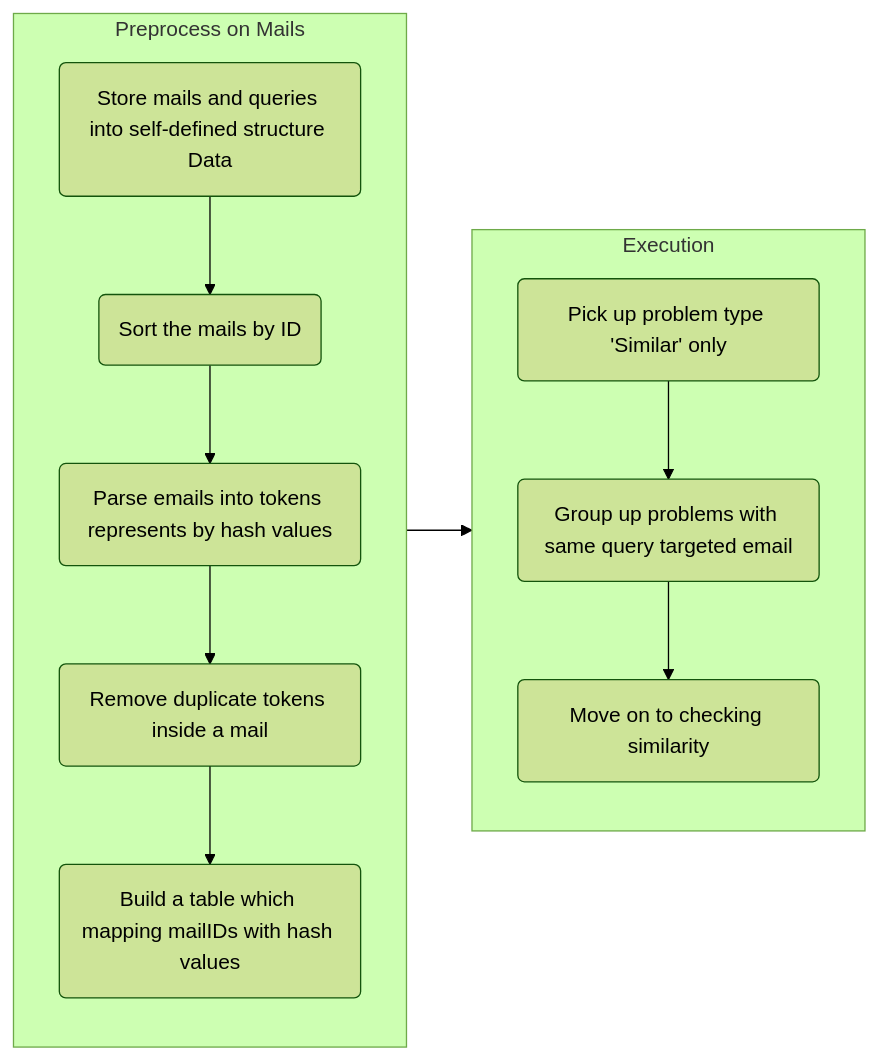
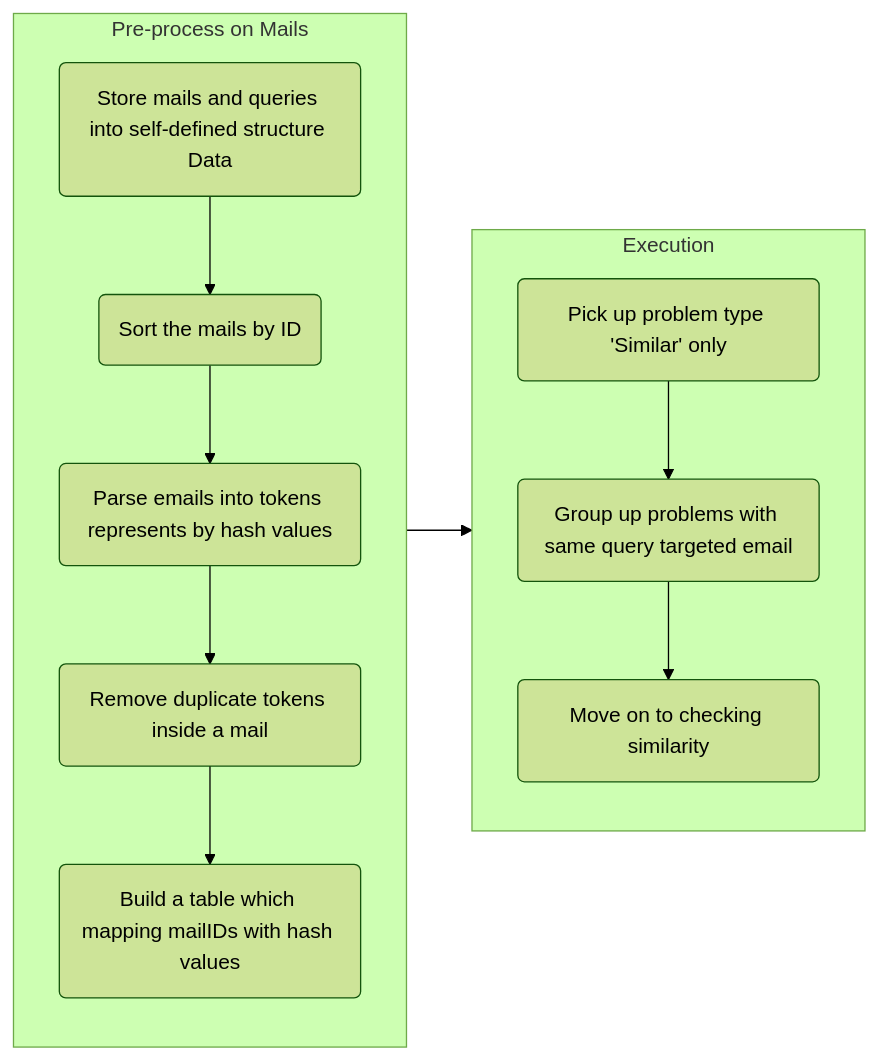
Before and after one commit to dl8sd11/Email_Searcher: the diagram in report.md, drawn with Mermaid (forest theme). The commit also changed other lines of this file, not shown here.

````diff
--- a/report.md
+++ b/report.md
@@ -130,10 +177,10 @@
 ```mermaid
 flowchart LR
-subgraph 1[Preprocess on Mails]
+subgraph 1[Pre-process on Mails]
 A(Store mails and queries into self-defined structure Data)-->B(Sort the mails by ID)-->C(Parse emails into tokens represents by hash values)-->D(Remove duplicate tokens inside a mail)-->E(Build a table which mapping mailIDs with hash values)
 end
 subgraph 2[Execution]
 X(Pick up problem type 'Similar' only)-->Y(Group up problems with same query targeted email)-->Z(Move on to checking similarity)
 end
 1-->2
 ```
````
